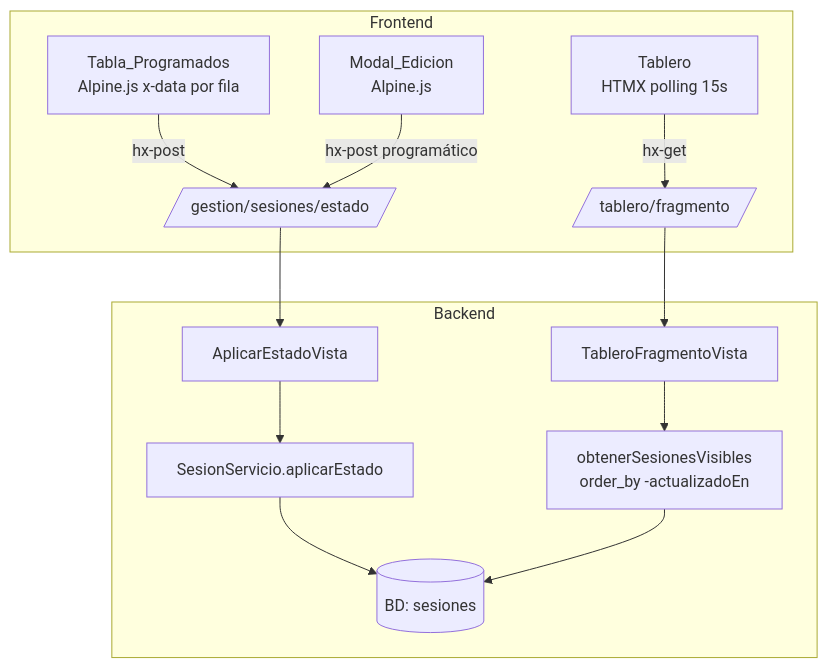
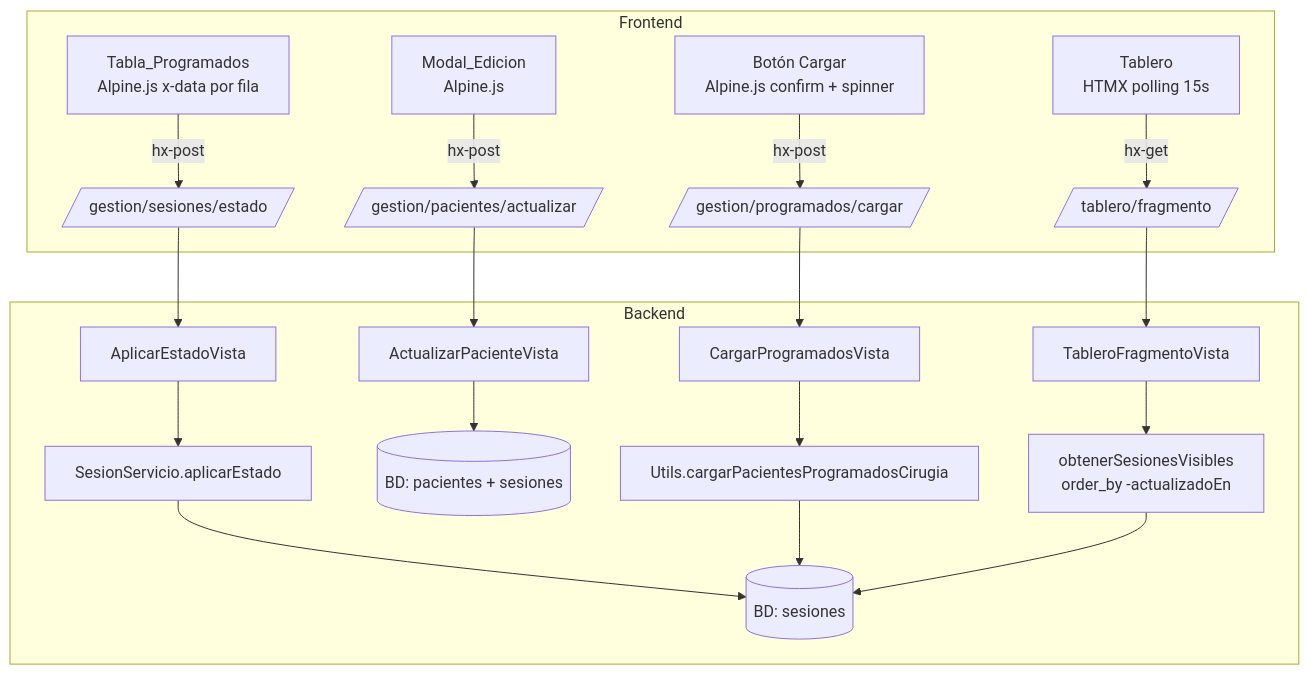
Before and after one commit to lgbio/hudn-quiroinfo: the diagram in dev/.kiro/specs/quiroinfo-mvp-improvements/design.md, drawn with Mermaid. The commit also changed other lines of this file and 27 other files, not shown here.

````diff
--- a/dev/.kiro/specs/quiroinfo-mvp-improvements/design.md
+++ b/dev/.kiro/specs/quiroinfo-mvp-improvements/design.md
@@ -21,17 +22,23 @@
 ```mermaid
 flowchart TD
     subgraph Frontend
         A[Tabla_Programados\nAlpine.js x-data por fila] -->|hx-post| B[/gestion/sesiones/estado/]
-        C[Modal_Edicion\nAlpine.js] -->|hx-post programático| B
-        D[Tablero\nHTMX polling 15s] -->|hx-get| E[/tablero/fragmento/]
+        C[Modal_Edicion\nAlpine.js] -->|hx-post| D[/gestion/pacientes/actualizar/]
+        E[Botón Cargar\nAlpine.js confirm + spinner] -->|hx-post| F[/gestion/programados/cargar/]
+        G[Tablero\nHTMX polling 15s] -->|hx-get| H[/tablero/fragmento/]
     end
 
     subgraph Backend
-        B --> F[AplicarEstadoVista]
-        F --> G[SesionServicio.aplicarEstado]
-        G --> H[(BD: sesiones)]
-        E --> I[TableroFragmentoVista]
-        I --> J[obtenerSesionesVisibles\norder_by -actualizadoEn]
-        J --> H
+        B --> I[AplicarEstadoVista]
+        I --> J[SesionServicio.aplicarEstado]
+        J --> K[(BD: sesiones)]
+        D --> L[ActualizarPacienteVista]
+        L --> M[(BD: pacientes + sesiones)]
+        F --> N[CargarProgramadosVista]
+        N --> O[Utils.cargarPacientesProgramadosCirugia]
+        O --> K
+        H --> P[TableroFragmentoVista]
+        P --> Q[obtenerSesionesVisibles\norder_by -actualizadoEn]
+        Q --> K
     end
 ```
````
